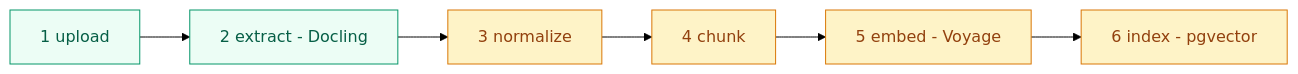
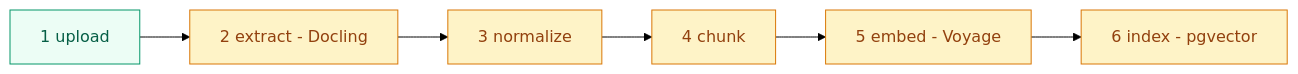
One commit to moisturicer/IRIS changed the third of 11 diagrams in docs/chunker_architecture.md. Above: the diagram before and after it, drawn with Mermaid (forest theme). The commit also changed other lines of this file and 3 other files, not shown here.

````diff
--- a/docs/chunker_architecture.md
+++ b/docs/chunker_architecture.md
@@ -191,12 +209,12 @@
 ```mermaid
 flowchart LR
   U["1 upload"] --> X["2 extract - Docling"]
   X --> N["3 normalize"]
   N --> C["4 chunk"]
   C --> E["5 embed - Voyage"]
   E --> I["6 index - pgvector"]
   classDef done fill:#ecfdf5,stroke:#059669,color:#065f46;
   classDef todo fill:#fef3c7,stroke:#d97706,color:#92400e;
-  class U,X done
-  class N,C,E,I todo
+  class U done
+  class X,N,C,E,I todo
 ```
````
